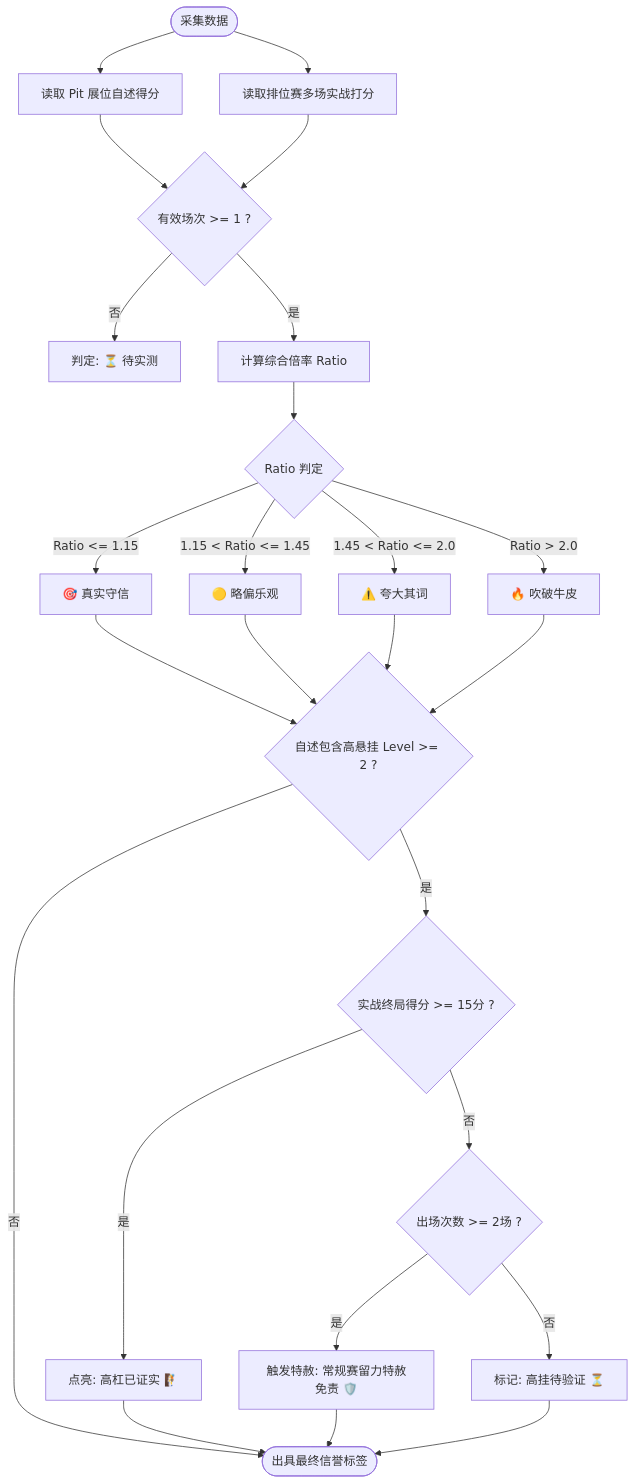
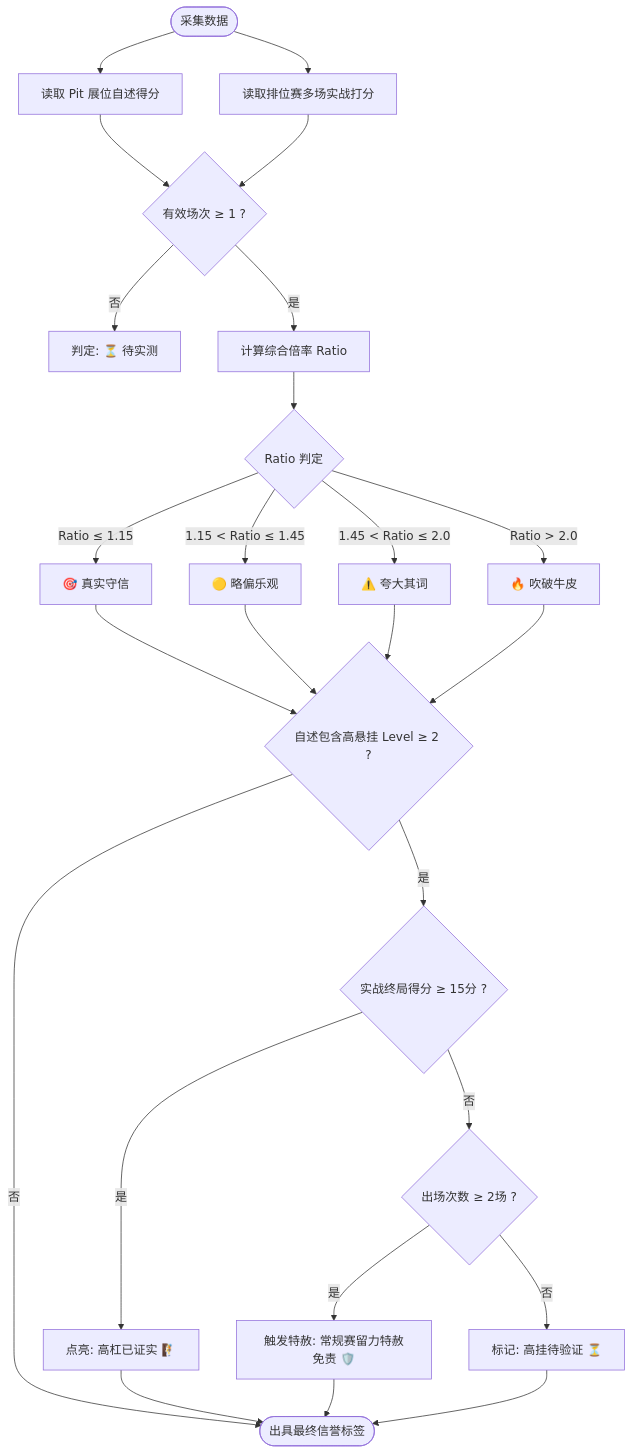
Before and after one commit to Lucalmz/ScoutingPro27: the fourth of 4 diagrams in README.md, drawn with Mermaid. The commit also changed other lines of this file and 4 other files, not shown here.

Commit message:
docs: 彻底解决 README 在 GitHub 上公式解析报错及图表在暗色模式和弱网环境下的显示异常

````diff
--- a/README.md
+++ b/README.md
@@ -333,24 +373,30 @@
 ```mermaid
 flowchart TD
     A([采集数据]) --> B[读取 Pit 展位自述得分]
     A --> C[读取排位赛多场实战打分]
-    B & C --> D{有效场次 >= 1 ?}
+    B --> D{有效场次 ≥ 1 ?}
+    C --> D
     D -- 否 --> E[判定: ⏳ 待实测]
     D -- 是 --> F[计算综合倍率 Ratio]
     
     F --> G{Ratio 判定}
-    G -- "Ratio <= 1.15" --> T1[🎯 真实守信]
-    G -- "1.15 < Ratio <= 1.45" --> T2[🟡 略偏乐观]
-    G -- "1.45 < Ratio <= 2.0" --> T3[⚠️ 夸大其词]
+    G -- "Ratio ≤ 1.15" --> T1[🎯 真实守信]
+    G -- "1.15 < Ratio ≤ 1.45" --> T2[🟡 略偏乐观]
+    G -- "1.45 < Ratio ≤ 2.0" --> T3[⚠️ 夸大其词]
     G -- "Ratio > 2.0" --> T4[🔥 吹破牛皮]
 
-    T1 & T2 & T3 & T4 --> H{自述包含高悬挂 Level >= 2 ?}
+    T1 --> H{自述包含高悬挂 Level ≥ 2 ?}
+    T2 --> H
+    T3 --> H
+    T4 --> H
     H -- 否 --> EndNode([出具最终信誉标签])
-    H -- 是 --> I{实战终局得分 >= 15分 ?}
+    H -- 是 --> I{实战终局得分 ≥ 15分 ?}
     I -- 是 --> J[点亮: 高杠已证实 🧗]
-    I -- 否 --> K{出场次数 >= 2场 ?}
+    I -- 否 --> K{出场次数 ≥ 2场 ?}
     K -- 是 --> L[触发特赦: 常规赛留力特赦免责 🛡️]
     K -- 否 --> M[标记: 高挂待验证 ⏳]
     
-    J & L & M --> EndNode
+    J --> EndNode
+    L --> EndNode
+    M --> EndNode
 ```
````
